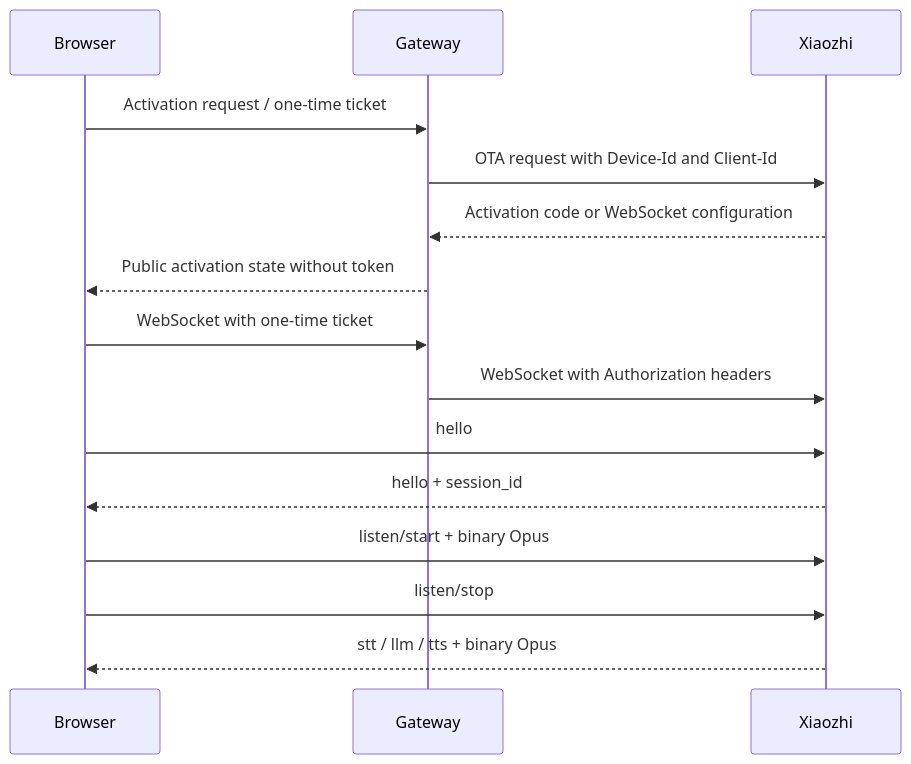
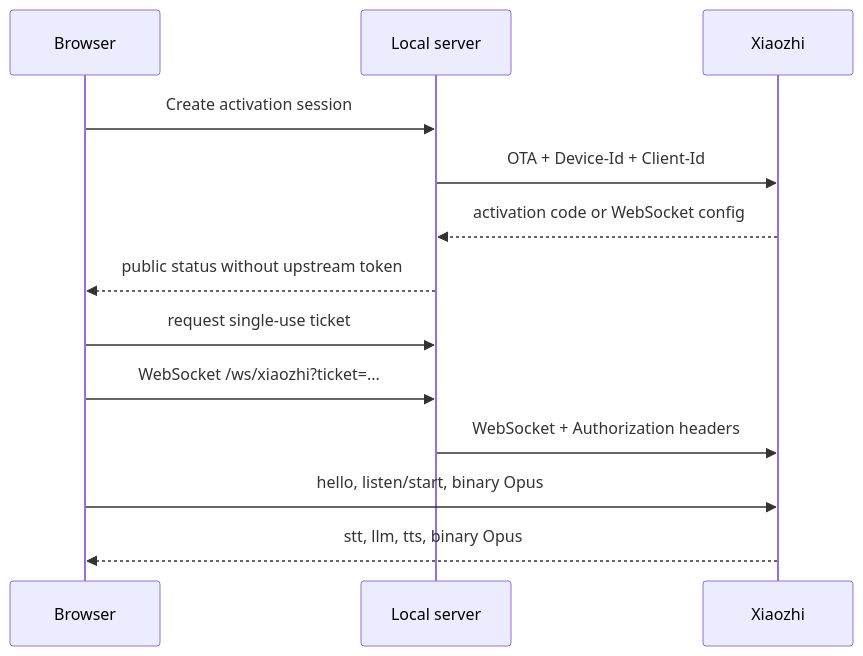
The second of 2 diagrams in README.en.md (Base27-CVNSS/ViPocket-Xiaozhi), drawn with Mermaid before and after one commit. The commit also changed other lines of this file, not shown here.

Commit message:
docs: synchronize English one-click Windows 2.2 guide

````diff
--- a/README.en.md
+++ b/README.en.md
@@ -170,18 +106,16 @@
 ```mermaid
 sequenceDiagram
     participant B as Browser
-    participant G as Gateway
+    participant G as Local server
     participant X as Xiaozhi
 
-    B->>G: Activation request / one-time ticket
-    G->>X: OTA request with Device-Id and Client-Id
-    X-->>G: Activation code or WebSocket configuration
-    G-->>B: Public activation state without token
-    B->>G: WebSocket with one-time ticket
-    G->>X: WebSocket with Authorization headers
-    B->>X: hello
-    X-->>B: hello + session_id
-    B->>X: listen/start + binary Opus
-    B->>X: listen/stop
-    X-->>B: stt / llm / tts + binary Opus
+    B->>G: Create activation session
+    G->>X: OTA + Device-Id + Client-Id
+    X-->>G: activation code or WebSocket config
+    G-->>B: public status without upstream token
+    B->>G: request single-use ticket
+    B->>G: WebSocket /ws/xiaozhi?ticket=...
+    G->>X: WebSocket + Authorization headers
+    B->>X: hello, listen/start, binary Opus
+    X-->>B: stt, llm, tts, binary Opus
 ```
````
